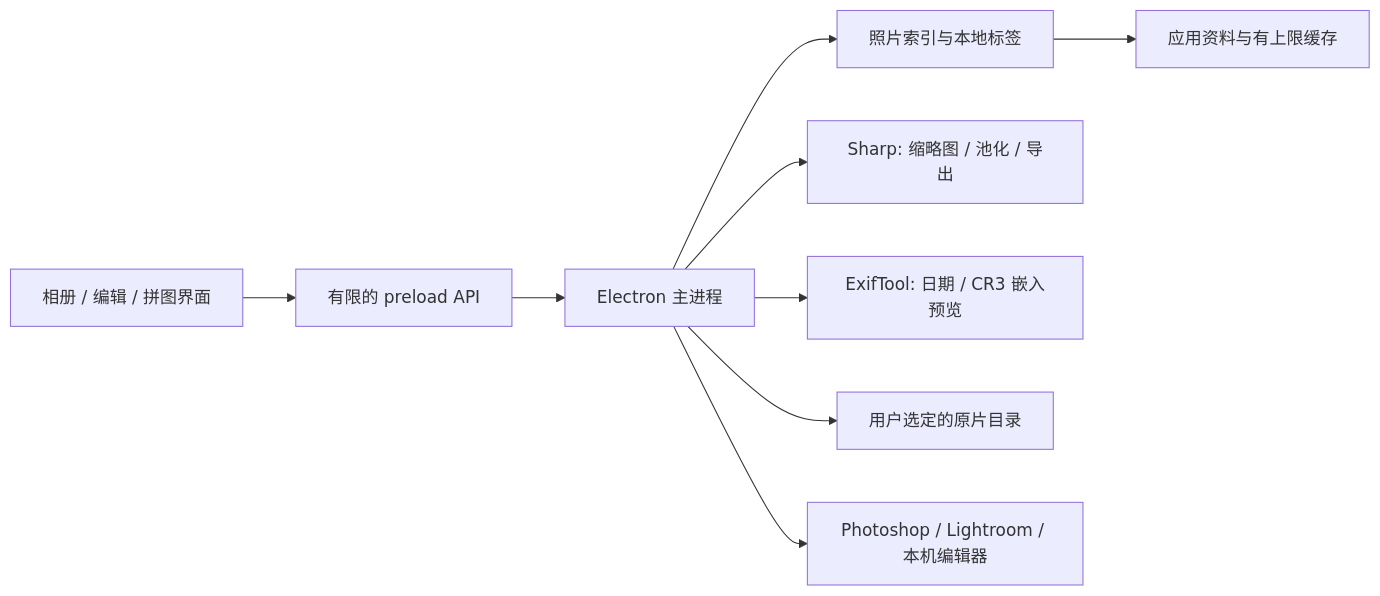
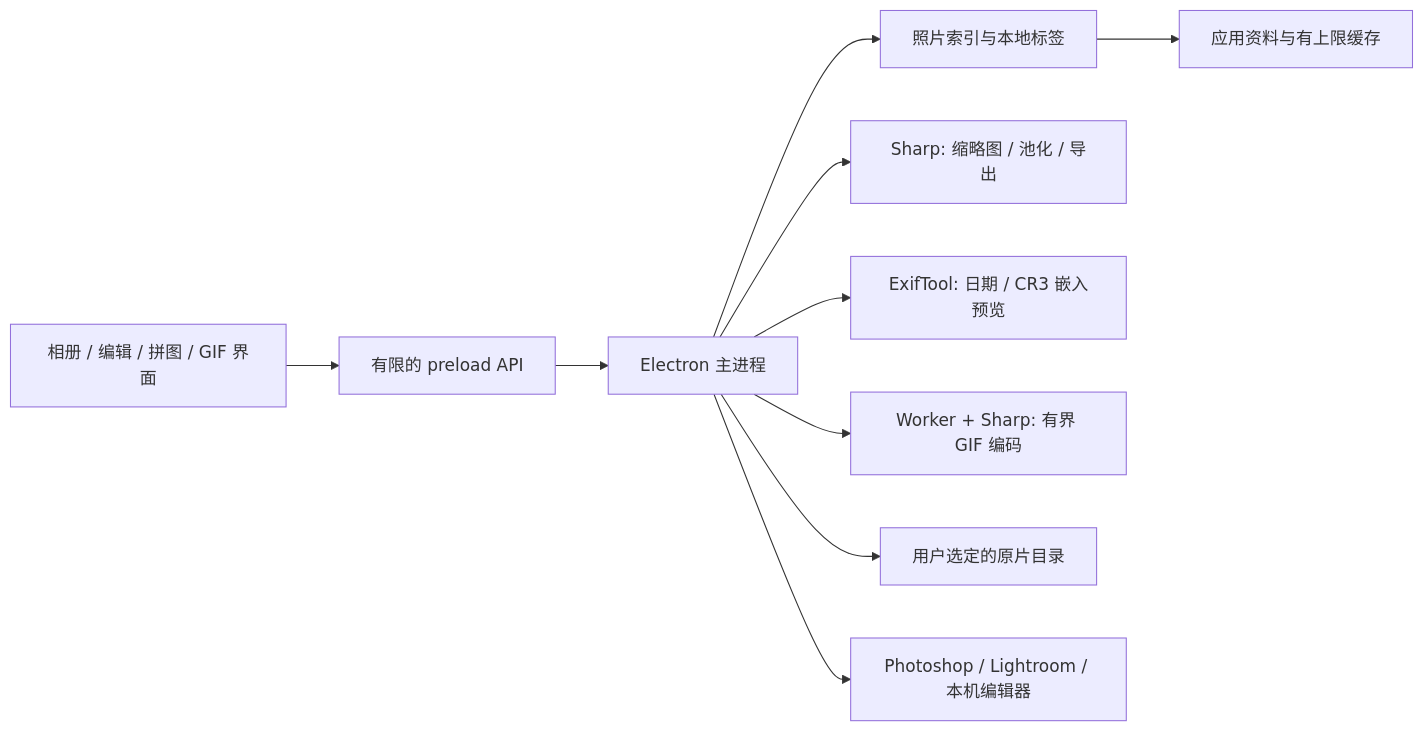
Before and after one commit to Undefeated-man/ShutterCove: the diagram in docs/architecture.md, drawn with Mermaid. The commit also changed other lines of this file and 38 other files, not shown here.

````diff
--- a/docs/architecture.md
+++ b/docs/architecture.md
@@ -5,11 +5,12 @@
 ```mermaid
 flowchart LR
-  UI[相册 / 编辑 / 拼图界面] --> IPC[有限的 preload API]
+  UI[相册 / 编辑 / 拼图 / GIF 界面] --> IPC[有限的 preload API]
   IPC --> MAIN[Electron 主进程]
   MAIN --> LIB[照片索引与本地标签]
   MAIN --> SHARP[Sharp: 缩略图 / 池化 / 导出]
   MAIN --> EXIF[ExifTool: 日期 / CR3 嵌入预览]
+  MAIN --> GIF[Worker + Sharp: 有界 GIF 编码]
   LIB --> USERDATA[应用资料与有上限缓存]
   MAIN --> ORIGINAL[用户选定的原片目录]
   MAIN --> EDITOR[Photoshop / Lightroom / 本机编辑器]
 ```
````
